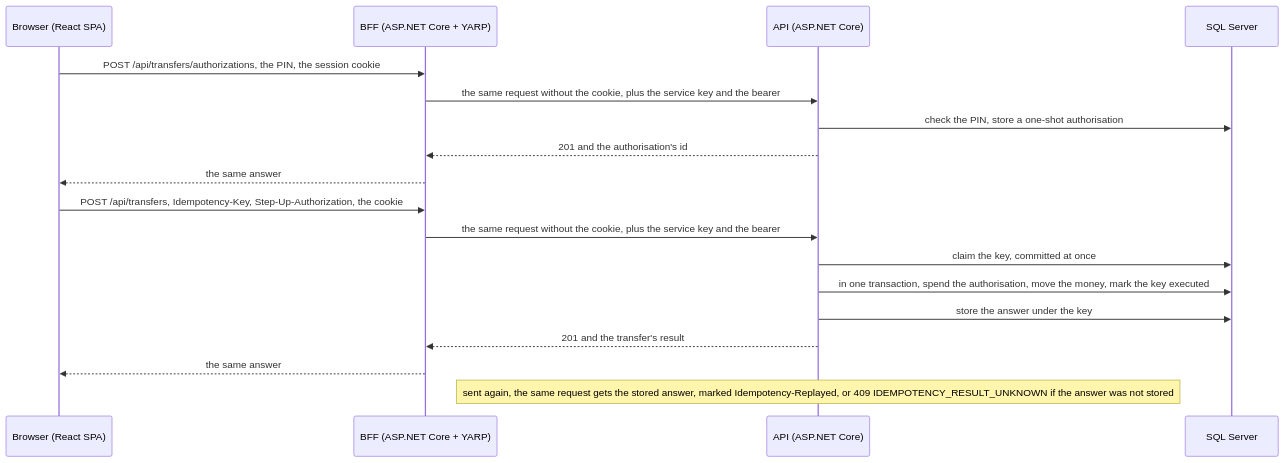
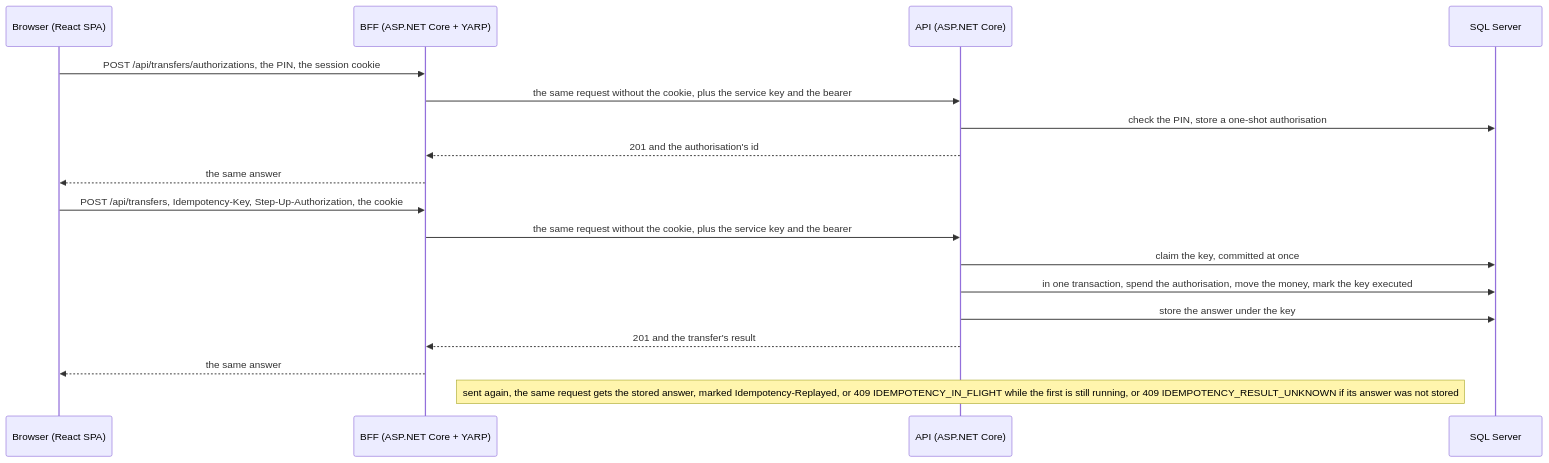
Before and after one commit to Gurgant/azurebank-v2: the diagram in docs/architecture/overview.md, drawn with Mermaid.

Commit message:
Name the answer a request sent again gets while the first still runs
The note under the transfer's diagram gave two answers to a request
sent again: the stored one, or IDEMPOTENCY_RESULT_UNKNOWN. While the
first request is still running the answer is 409
IDEMPOTENCY_IN_FLIGHT, as the table of outcomes on the same page says.

````diff
--- a/docs/architecture/overview.md
+++ b/docs/architecture/overview.md
@@ -25,21 +25,21 @@
 ```mermaid
 sequenceDiagram
     participant B as Browser (React SPA)
     participant F as BFF (ASP.NET Core + YARP)
     participant A as API (ASP.NET Core)
     participant D as SQL Server
 
     B->>F: POST /api/transfers/authorizations, the PIN, the session cookie
     F->>A: the same request without the cookie, plus the service key and the bearer
     A->>D: check the PIN, store a one-shot authorisation
     A-->>F: 201 and the authorisation's id
     F-->>B: the same answer
     B->>F: POST /api/transfers, Idempotency-Key, Step-Up-Authorization, the cookie
     F->>A: the same request without the cookie, plus the service key and the bearer
     A->>D: claim the key, committed at once
     A->>D: in one transaction, spend the authorisation, move the money, mark the key executed
     A->>D: store the answer under the key
     A-->>F: 201 and the transfer's result
     F-->>B: the same answer
-    Note over A: sent again, the same request gets the stored answer, marked Idempotency-Replayed, or 409 IDEMPOTENCY_RESULT_UNKNOWN if the answer was not stored
+    Note over A: sent again, the same request gets the stored answer, marked Idempotency-Replayed, or 409 IDEMPOTENCY_IN_FLIGHT while the first is still running, or 409 IDEMPOTENCY_RESULT_UNKNOWN if its answer was not stored
 ```
````
